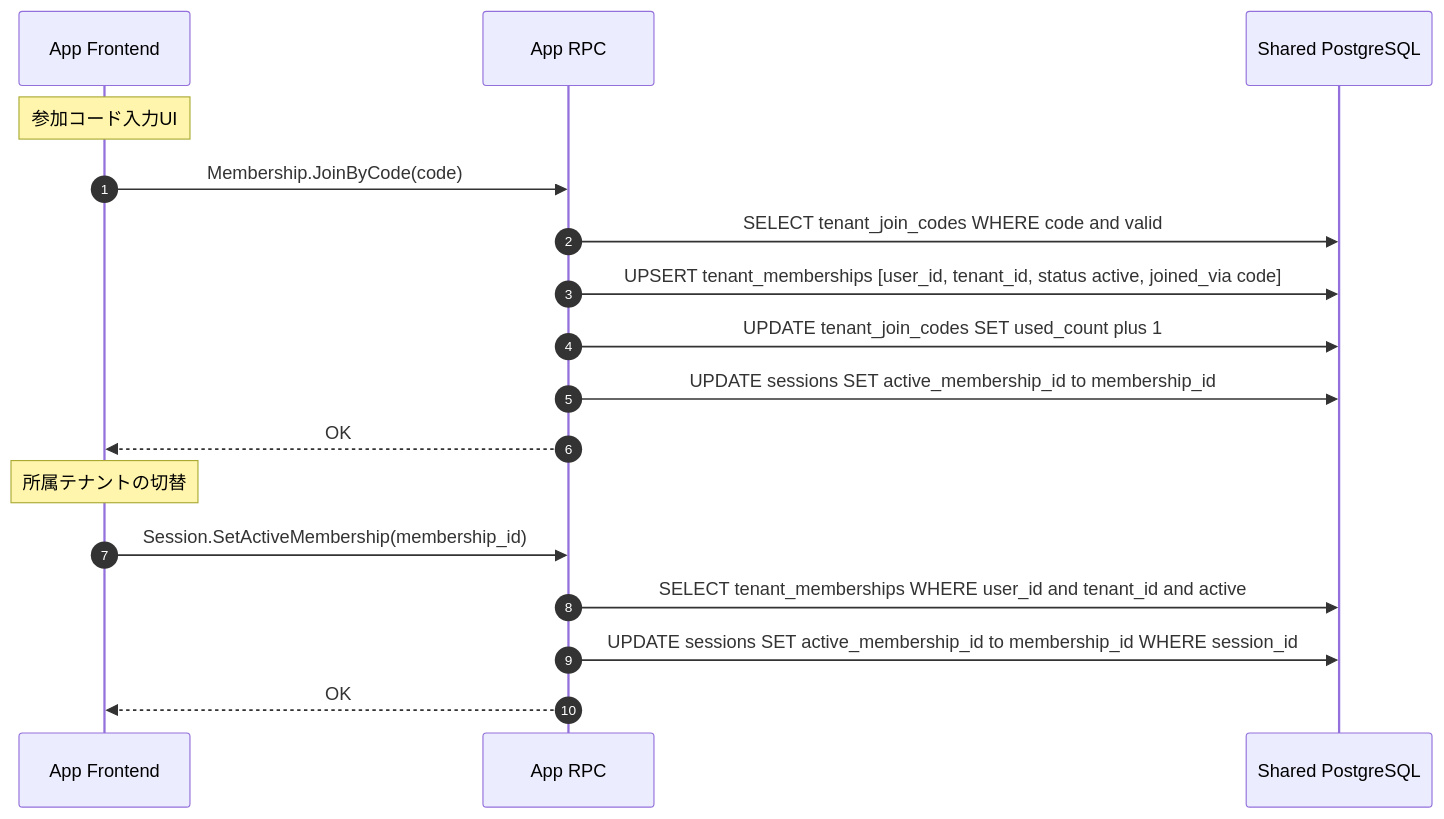
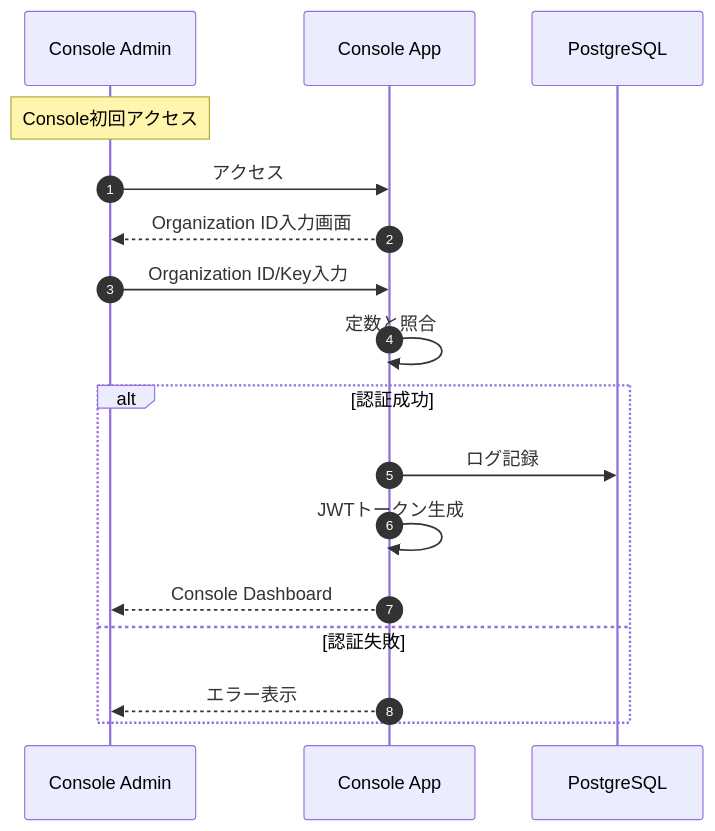
The third of 7 diagrams in docs/all_docs.md (shibayama-club/keyhub), drawn with Mermaid before and after one commit. The commit also changed other lines of this file, not shown here.

````diff
--- a/docs/all_docs.md
+++ b/docs/all_docs.md
@@ -202,21 +166,21 @@
 ```mermaid
 sequenceDiagram
-  autonumber
-  participant AFE as App Frontend
-  participant ARPC as App RPC
-  participant DB as Shared PostgreSQL
+    autonumber
+    participant Admin as Console Admin
+    participant Console as Console App
+    participant DB as PostgreSQL
 
-  Note over AFE: 参加コード入力UI
-  AFE->>ARPC: Membership.JoinByCode(code)
-  ARPC->>DB: SELECT tenant_join_codes WHERE code and valid
-  ARPC->>DB: UPSERT tenant_memberships [user_id, tenant_id, status active, joined_via code]
-  ARPC->>DB: UPDATE tenant_join_codes SET used_count plus 1
-  ARPC->>DB: UPDATE sessions SET active_membership_id to membership_id
-  ARPC-->>AFE: OK
+    Note over Admin: Console初回アクセス
+    Admin->>Console: アクセス
+    Console-->>Admin: Organization ID入力画面
+    Admin->>Console: Organization ID/Key入力
+    Console->>Console: 定数と照合
 
-  Note over AFE: 所属テナントの切替
-  AFE->>ARPC: Session.SetActiveMembership(membership_id)
-  ARPC->>DB: SELECT tenant_memberships WHERE user_id and tenant_id and active
-  ARPC->>DB: UPDATE sessions SET active_membership_id to membership_id WHERE session_id
-  ARPC-->>AFE: OK
+    alt 認証成功
+        Console->>DB: ログ記録
+        Console->>Console: JWTトークン生成
+        Console-->>Admin: Console Dashboard
+    else 認証失敗
+        Console-->>Admin: エラー表示
+    end
 ```
````
